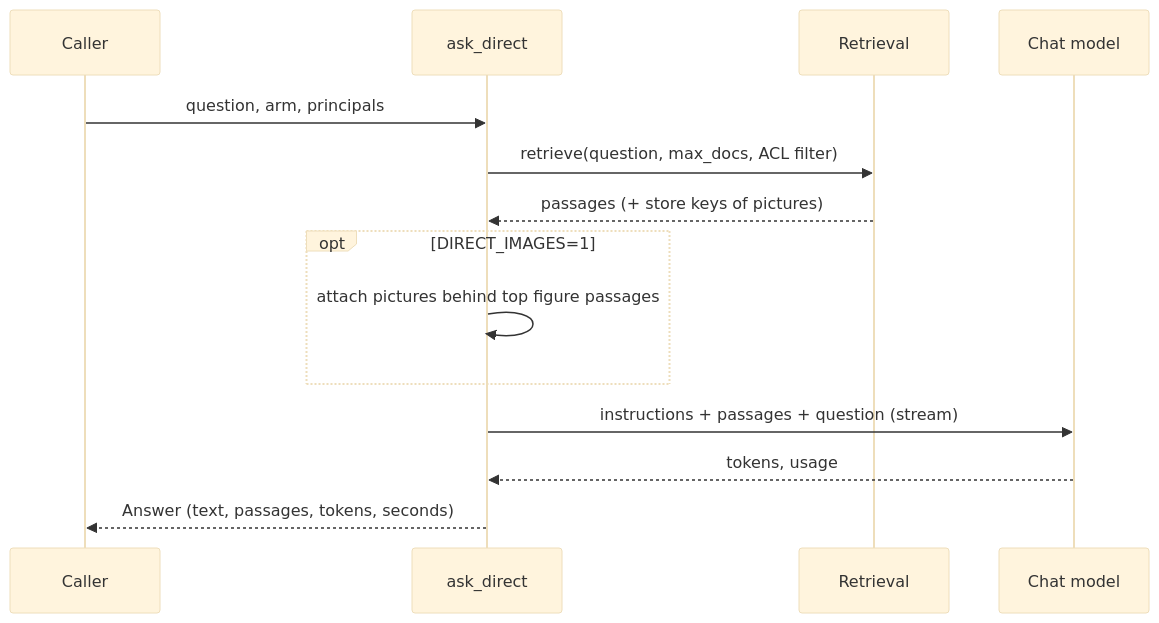
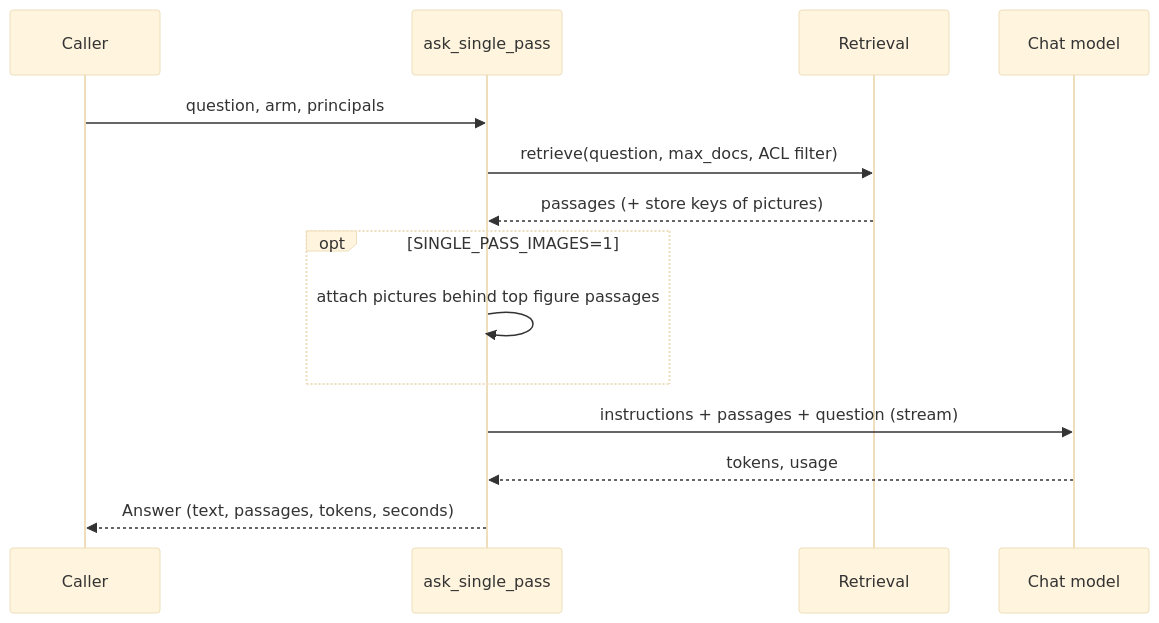
Before and after one commit to PradeepDhawanRedburn/research-ai-poc: the fifth of 9 diagrams in docs/TECHNICAL_ARCHITECTURE.md, drawn with Mermaid (base theme). The commit also changed other lines of this file and 33 other files, not shown here.

````diff
--- a/docs/TECHNICAL_ARCHITECTURE.md
+++ b/docs/TECHNICAL_ARCHITECTURE.md
@@ -150,16 +150,16 @@
 ```mermaid
 sequenceDiagram
     participant U as Caller
-    participant D as ask_direct
+    participant D as ask_single_pass
     participant R as Retrieval
     participant L as Chat model
     U->>D: question, arm, principals
     D->>R: retrieve(question, max_docs, ACL filter)
     R-->>D: passages (+ store keys of pictures)
-    opt DIRECT_IMAGES=1
+    opt SINGLE_PASS_IMAGES=1
         D->>D: attach pictures behind top figure passages
     end
     D->>L: instructions + passages + question (stream)
     L-->>D: tokens, usage
     D-->>U: Answer (text, passages, tokens, seconds)
 ```
````
